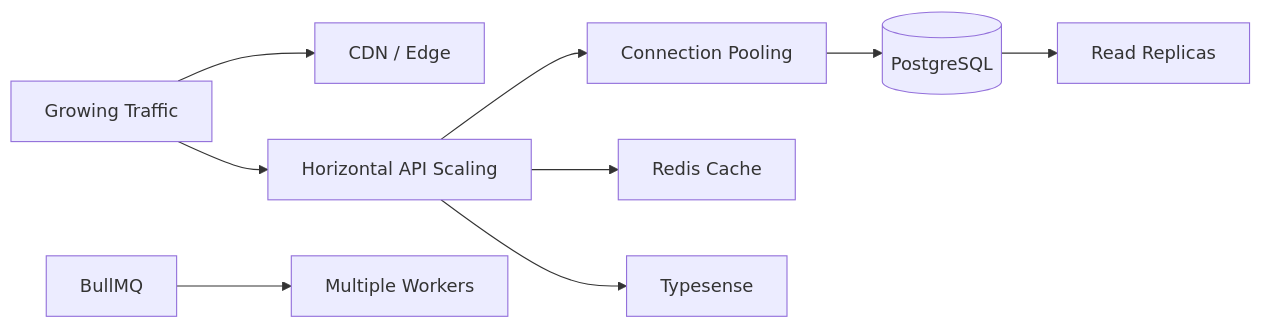
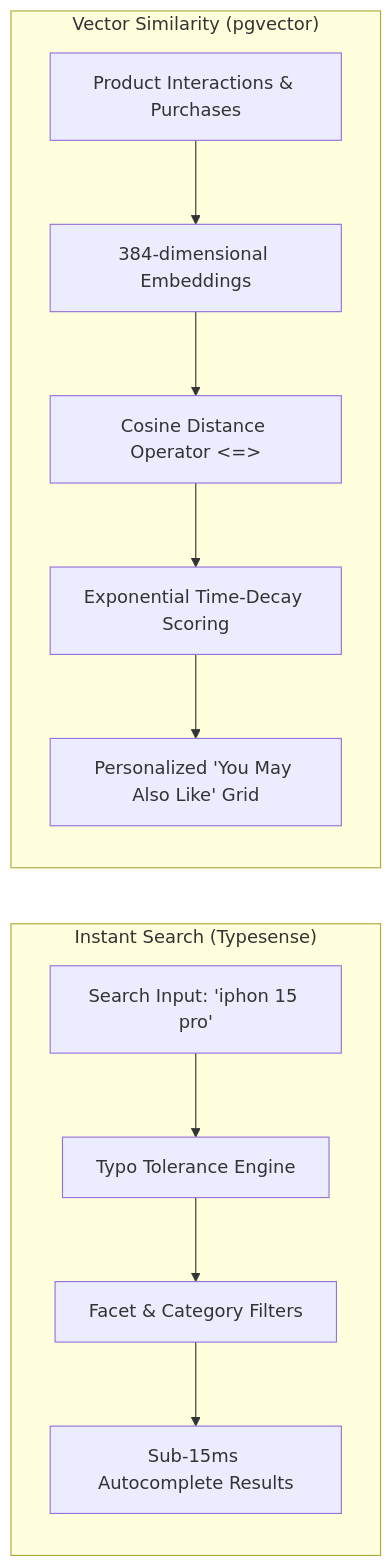
Before and after one commit to jathinreddy-5/Shop-Sell: the sixth of 6 diagrams in README.md, drawn with Mermaid. The commit also changed other lines of this file, not shown here.

````diff
--- a/README.md
+++ b/README.md
@@ -1117,17 +315,15 @@
 ```mermaid
 flowchart LR
-    Traffic[Growing Traffic]
-    
-    Traffic --> CDN[CDN / Edge]
-    Traffic --> API[Horizontal API Scaling]
+    subgraph "Instant Search (Typesense)"
+        Query[Search Input: 'iphon 15 pro'] --> Typo[Typo Tolerance Engine]
+        Typo --> Facets[Facet & Category Filters]
+        Facets --> Instant[Sub-15ms Autocomplete Results]
+    end
 
-    API --> Pool[Connection Pooling]
-    Pool --> DB[(PostgreSQL)]
-
-    API --> Cache[Redis Cache]
-    API --> Search[Typesense]
-
-    Queue[BullMQ] --> Workers[Multiple Workers]
-
-    DB --> Replica[Read Replicas]
+    subgraph "Vector Similarity (pgvector)"
+        Item[Product Interactions & Purchases] --> Embed[384-dimensional Embeddings]
+        Embed --> Cosine[Cosine Distance Operator <=>]
+        Cosine --> Decay[Exponential Time-Decay Scoring]
+        Decay --> Recs[Personalized 'You May Also Like' Grid]
+    end
 ```
````
